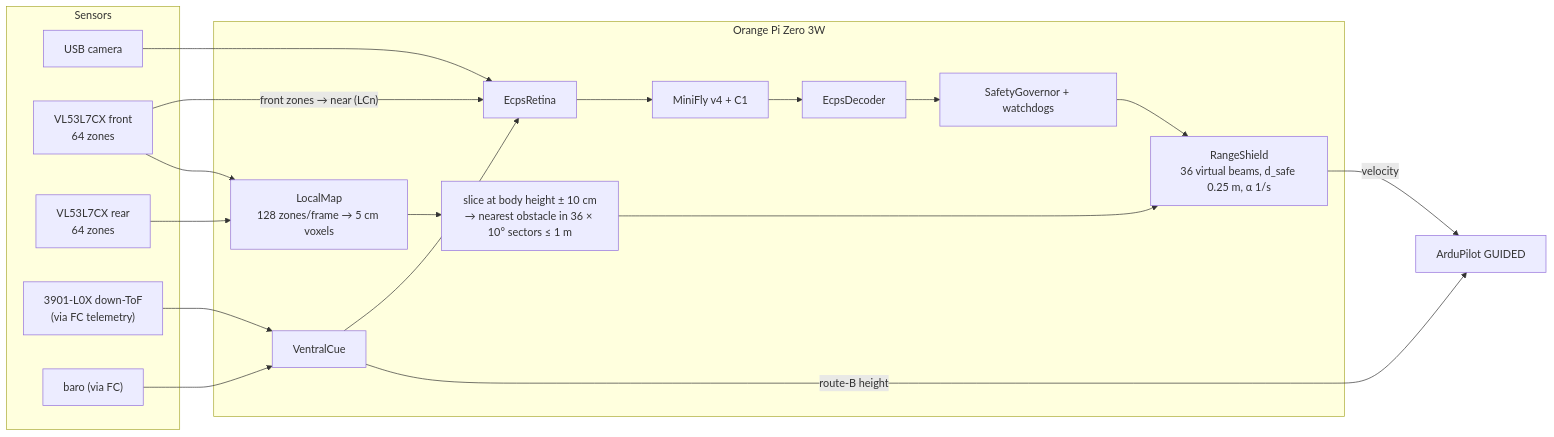
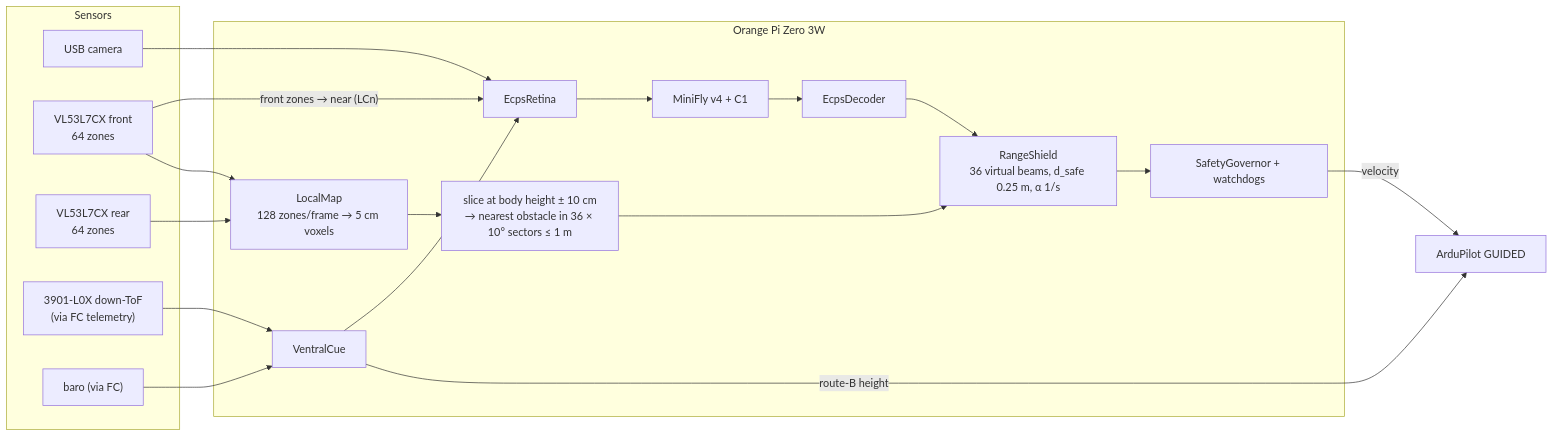
The sixth of 17 diagrams in ecps295/docs/ARCHITECTURE.md (jiewent1-cmyk/FlyDrones), drawn with Mermaid before and after one commit. The commit also changed other lines of this file and 129 other files, not shown here.

````diff
--- a/ecps295/docs/ARCHITECTURE.md
+++ b/ecps295/docs/ARCHITECTURE.md
@@ -265,32 +303,32 @@
 ```mermaid
 flowchart LR
   subgraph S["Sensors"]
     CAM["USB camera"]
     F8["VL53L7CX front<br/>64 zones"]
     R8["VL53L7CX rear<br/>64 zones"]
     DT["3901-L0X down-ToF<br/>(via FC telemetry)"]
     BARO["baro (via FC)"]
   end
   subgraph OPI["Orange Pi Zero 3W"]
     RET["EcpsRetina"]
     VC["VentralCue"]
     MAP["LocalMap<br/>128 zones/frame → 5 cm voxels"]
     SL["slice at body height ± 10 cm<br/>→ nearest obstacle in 36 × 10° sectors ≤ 1 m"]
     BR["MiniFly v4 + C1"]
     DE["EcpsDecoder"]
     SG["SafetyGovernor + watchdogs"]
     SH["RangeShield<br/>36 virtual beams, d_safe 0.25 m, α 1/s"]
   end
   FCN["ArduPilot GUIDED"]
   CAM --> RET
   F8 -->|"front zones → near (LCn)"| RET
   F8 --> MAP
   R8 --> MAP
   DT --> VC
   BARO --> VC
   VC --> RET
-  RET --> BR --> DE --> SG --> SH
+  RET --> BR --> DE --> SH --> SG
   MAP --> SL --> SH
-  SH -->|velocity| FCN
+  SG -->|velocity| FCN
   VC -->|route-B height| FCN
 ```
````
